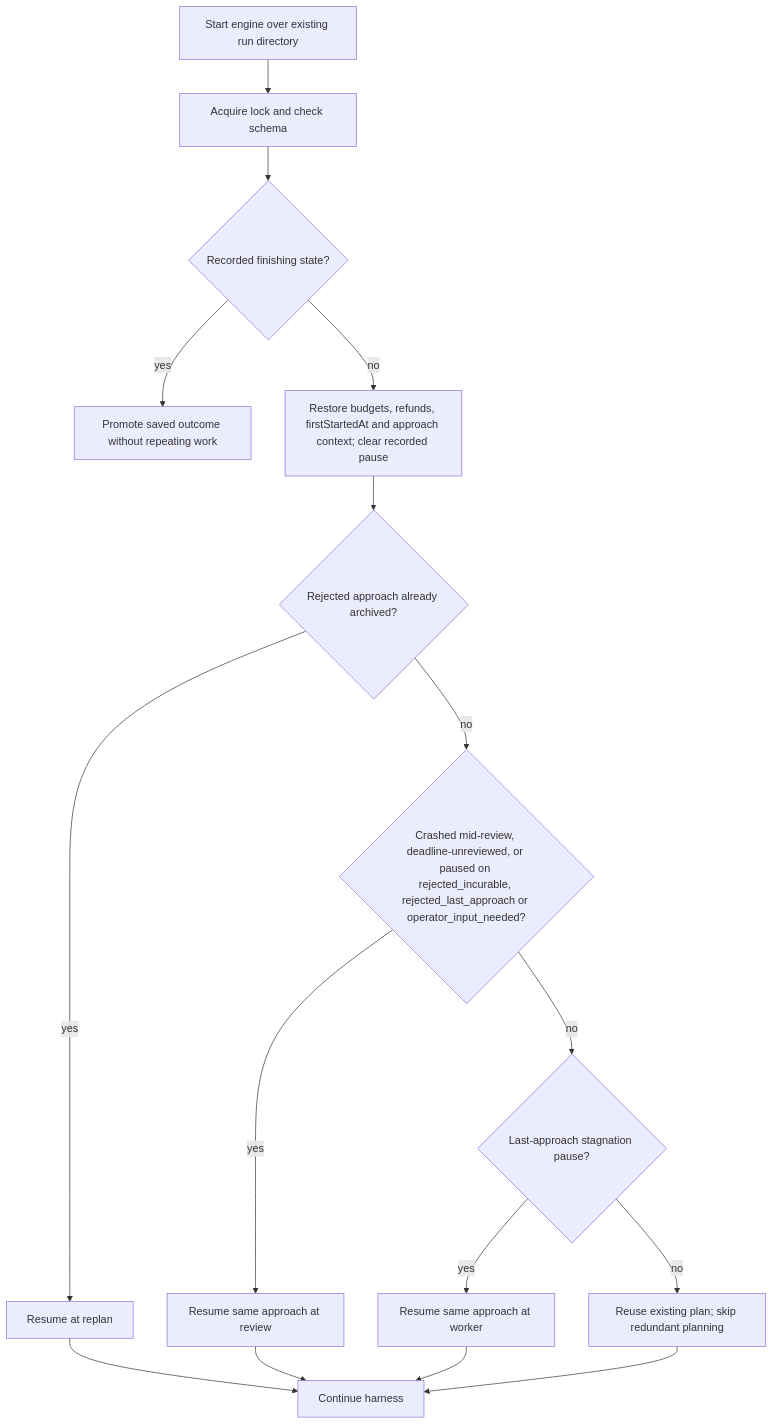
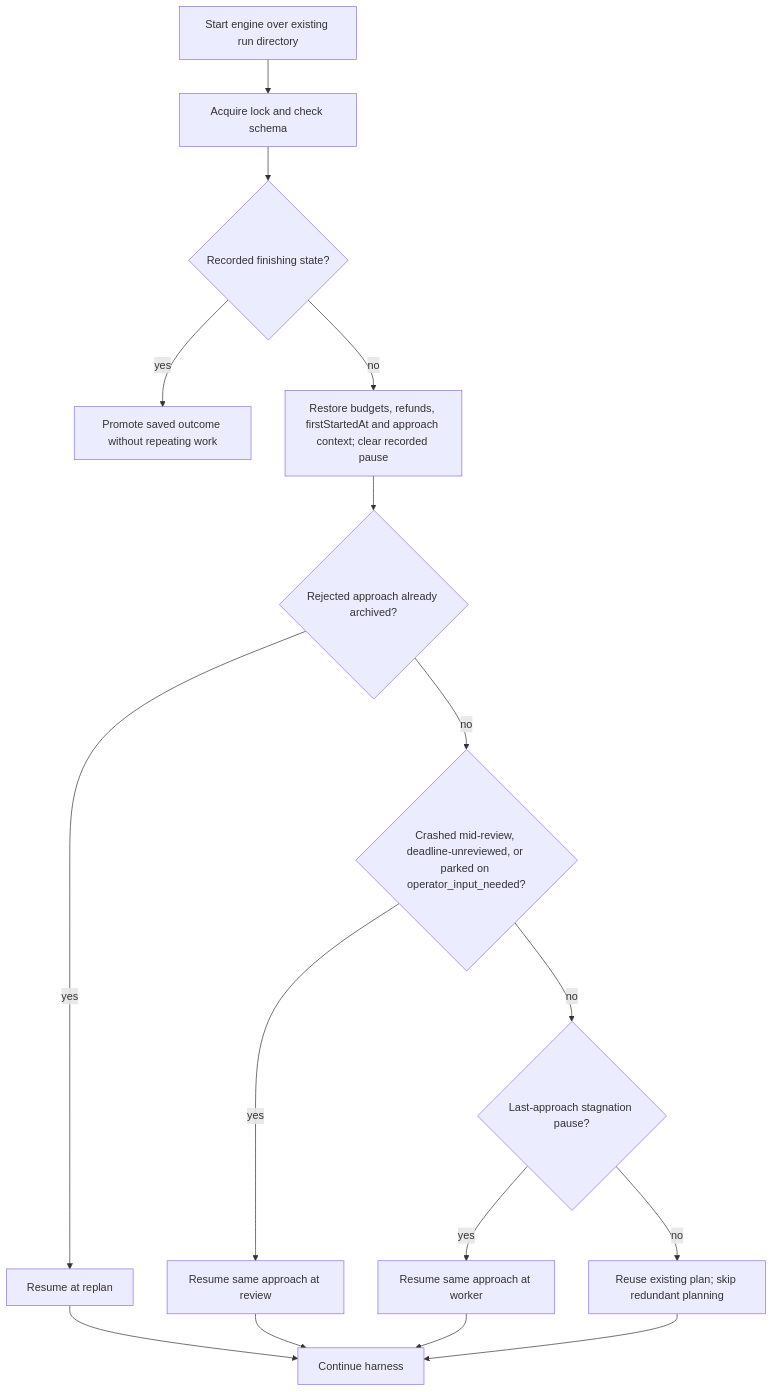
Before and after one commit to n-orlov/ralphd: the tenth of 10 diagrams in docs/solution-tech-spec.md, drawn with Mermaid. The commit also changed other lines of this file and 41 other files, not shown here.

````diff
--- a/docs/solution-tech-spec.md
+++ b/docs/solution-tech-spec.md
@@ -1450,18 +1431,18 @@
 ```mermaid
 flowchart TD
     Resume["Start engine over existing run directory"] --> Lock["Acquire lock and check schema"]
     Lock --> Finishing{"Recorded finishing state?"}
     Finishing -->|yes| Promote["Promote saved outcome without repeating work"]
     Finishing -->|no| Seed["Restore budgets, refunds, firstStartedAt and approach context; clear recorded pause"]
     Seed --> Archived{"Rejected approach already archived?"}
     Archived -->|yes| Replan["Resume at replan"]
-    Archived -->|no| Judge{"Crashed mid-review, deadline-unreviewed, or paused on rejected_incurable, rejected_last_approach or operator_input_needed?"}
+    Archived -->|no| Judge{"Crashed mid-review, deadline-unreviewed, or parked on operator_input_needed?"}
     Judge -->|yes| Review["Resume same approach at review"]
     Judge -->|no| Stagnation{"Last-approach stagnation pause?"}
     Stagnation -->|yes| Worker["Resume same approach at worker"]
     Stagnation -->|no| Existing["Reuse existing plan; skip redundant planning"]
     Replan --> Continue["Continue harness"]
     Review --> Continue
     Worker --> Continue
     Existing --> Continue
 ```
````
